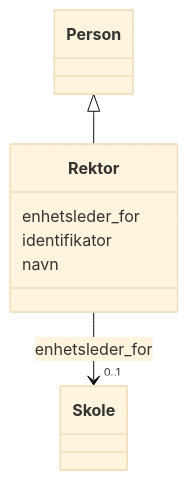
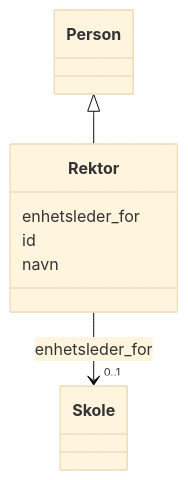
Before and after one commit to brreg/linkml-w3c-no-profiles: the diagram in mkdocs/docs/samt/samt-bu/klasser/rektor.md, drawn with Mermaid (base theme). The commit also changed other lines of this file and 541 other files, not shown here.

````diff
--- a/mkdocs/docs/samt/samt-bu/klasser/rektor.md
+++ b/mkdocs/docs/samt/samt-bu/klasser/rektor.md
@@ -18,24 +18,24 @@
 ```mermaid
  classDiagram
     class Rektor
     click Rektor href "../Rektor/"
       Person <|-- Rektor
         click Person href "../Person/"
       
       Rektor : enhetsleder_for
         
           
     
         
         
         Rektor --> "0..1" Skole : enhetsleder_for
         click Skole href "../Skole/"
     
 
         
-      Rektor : identifikator
+      Rektor : id
         
       Rektor : navn
         
       
 ```
````
